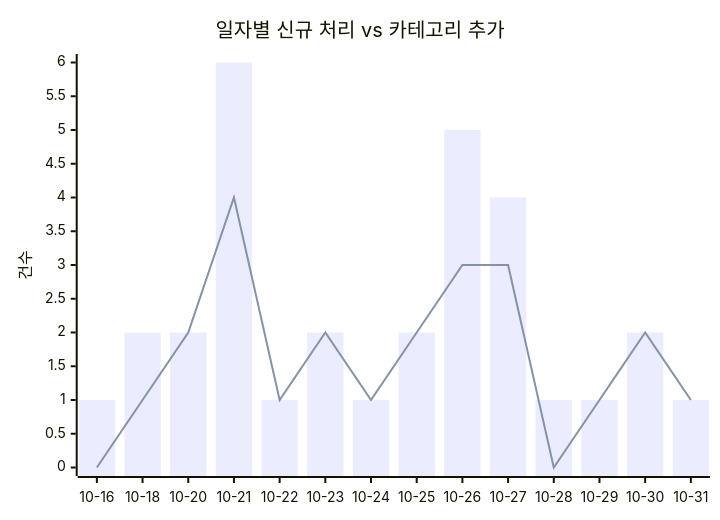
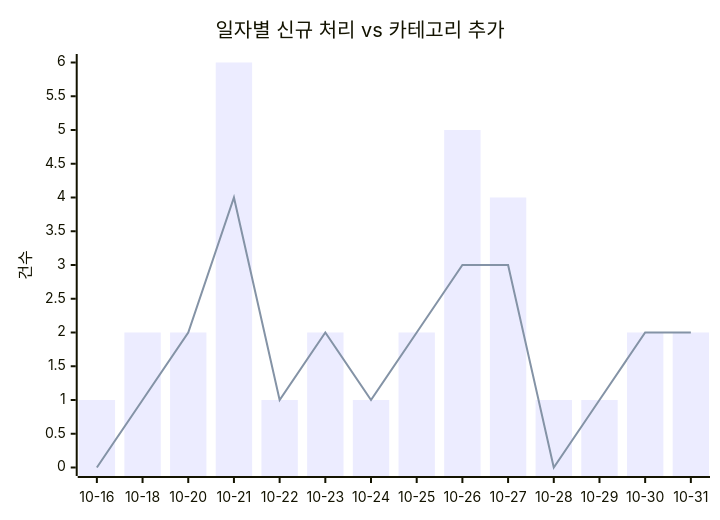
One commit to J-nowcow/awesome-korean-agent-skills changed the first of 2 diagrams in docs/trends.md. Above: the diagram before and after it, drawn with Mermaid. The commit also changed other lines of this file and 4 other files, not shown here.

````diff
--- a/docs/trends.md
+++ b/docs/trends.md
@@ -32,8 +32,8 @@
 ```mermaid
 xychart-beta
     title "일자별 신규 처리 vs 카테고리 추가"
     x-axis ["10-16","10-18","10-20","10-21","10-22","10-23","10-24","10-25","10-26","10-27","10-28","10-29","10-30","10-31"]
     y-axis "건수"
-    bar [1,2,2,6,1,2,1,2,5,4,1,1,2,1]
-    line [0,1,2,4,1,2,1,2,3,3,0,1,2,1]
+    bar [1,2,2,6,1,2,1,2,5,4,1,1,2,2]
+    line [0,1,2,4,1,2,1,2,3,3,0,1,2,2]
 ```
````
